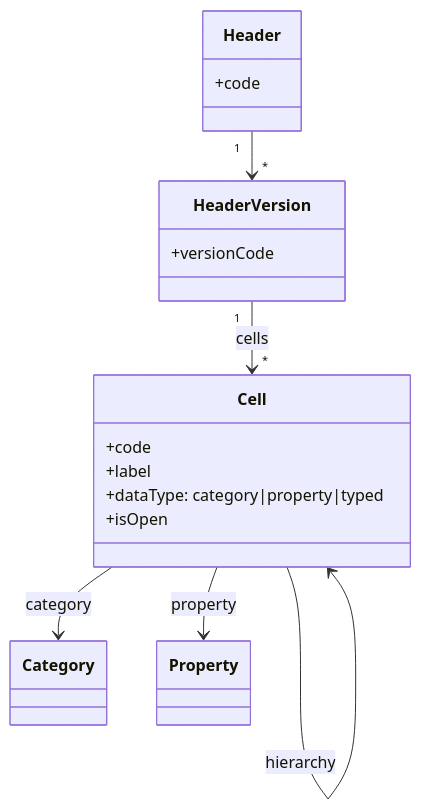
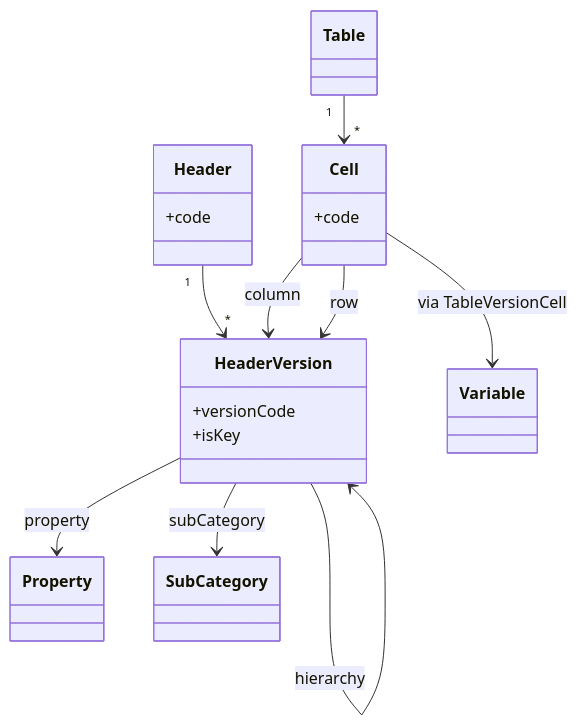
The ninth of 10 diagrams in docs/models-relationships/03_other_artifacts/01_other_artifacts_overview.md (sdmx-twg/wp-sdmx-dpm), drawn with Mermaid before and after one commit. The commit also changed other lines of this file and 5 other files, not shown here.

First line of the commit message:
docs: correct Cell vs Header conceptual model to match DPM spec

````diff
--- a/docs/models-relationships/03_other_artifacts/01_other_artifacts_overview.md
+++ b/docs/models-relationships/03_other_artifacts/01_other_artifacts_overview.md
@@ -253,20 +240,21 @@
 ```mermaid
 classDiagram
     class Header {
       +code
     }
     class HeaderVersion {
       +versionCode
+      +isKey
     }
     class Cell {
       +code
-      +label
-      +dataType: category|property|typed
-      +isOpen
     }
     Header "1" --> "*" HeaderVersion
-    HeaderVersion "1" --> "*" Cell : cells
-    Cell --> Cell : hierarchy
-    Cell --> Category : category
-    Cell --> Property : property
+    HeaderVersion --> HeaderVersion : hierarchy
+    HeaderVersion --> Property : property
+    HeaderVersion --> SubCategory : subCategory
+    Table "1" --> "*" Cell
+    Cell --> HeaderVersion : column
+    Cell --> HeaderVersion : row
+    Cell --> Variable : via TableVersionCell
 ```
````
